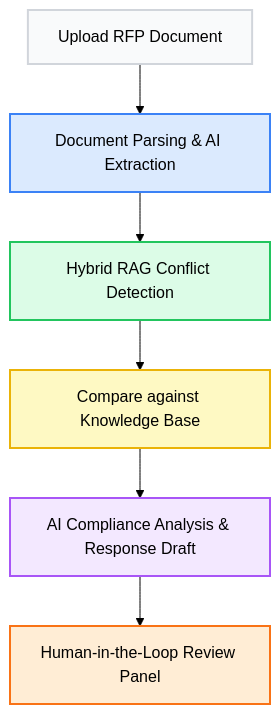
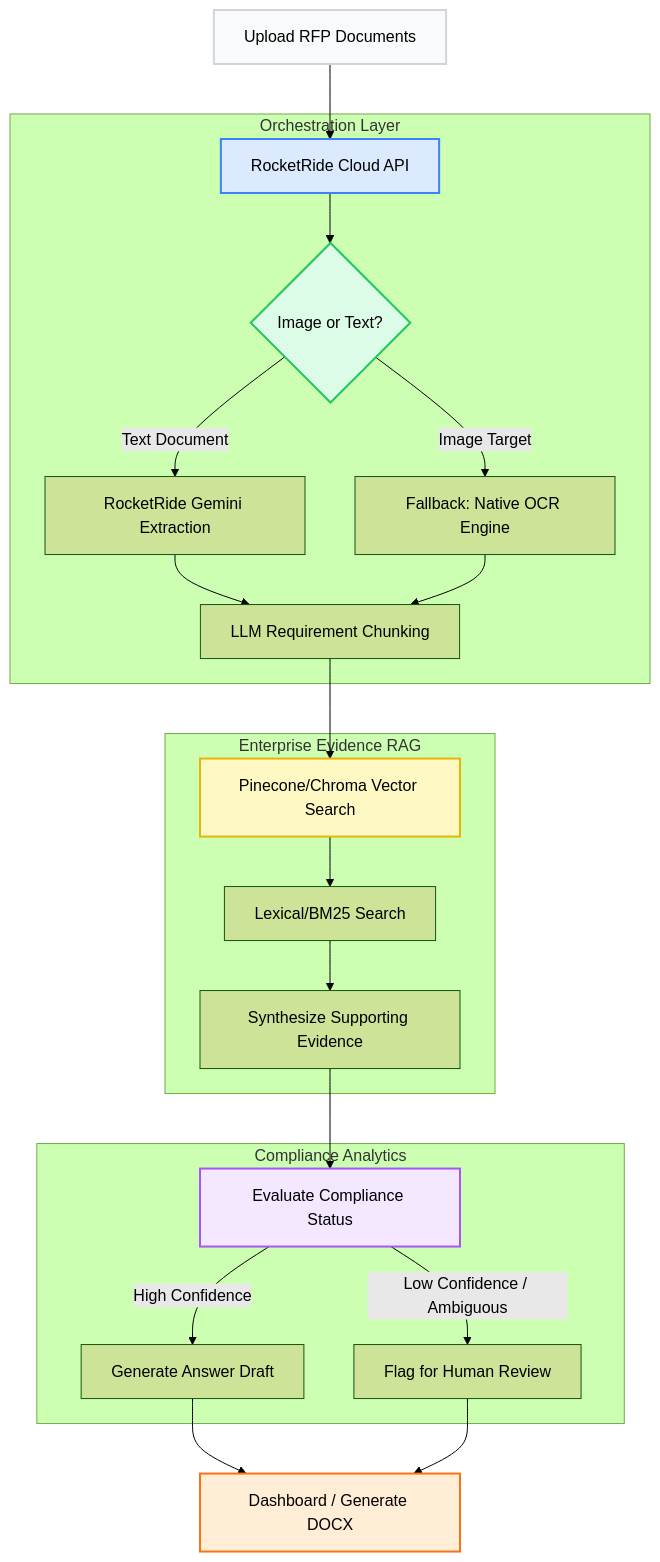
One commit to Farheenaiml/Bid-Factory changed the diagram in README.md. Above: the diagram before and after it, drawn with Mermaid (forest theme). The commit also changed other lines of this file and 3 other files, not shown here.

````diff
--- a/README.md
+++ b/README.md
@@ -17,15 +22,37 @@
 ```mermaid
 graph TD
-    A[Upload RFP Document] --> B[Document Parsing & AI Extraction]
-    B --> C[Hybrid RAG Conflict Detection]
-    C --> D[Compare against Knowledge Base]
-    D --> E[AI Compliance Analysis & Response Draft]
-    E --> F[Human-in-the-Loop Review Panel]
+    %% Nodes
+    A[Upload RFP Documents] --> B[RocketRide Cloud API]
     
+    subgraph Orchestration Layer
+        B --> C{Image or Text?}
+        C -- Text Document --> D[RocketRide Gemini Extraction]
+        C -- Image Target --> E[Fallback: Native OCR Engine]
+        
+        D --> F[LLM Requirement Chunking]
+        E --> F
+    end
+    
+    subgraph Enterprise Evidence RAG
+        F --> G[Pinecone/Chroma Vector Search]
+        G --> H[Lexical/BM25 Search]
+        H --> I[Synthesize Supporting Evidence]
+    end
+    
+    subgraph Compliance Analytics
+        I --> J[Evaluate Compliance Status]
+        J -- "High Confidence" --> K[Generate Answer Draft]
+        J -- "Low Confidence / Ambiguous" --> L[Flag for Human Review]
+    end
+    
+    K --> M[Dashboard / Generate DOCX]
+    L --> M
+
+    %% Styling
     style A fill:#f9fafb,stroke:#d1d5db,stroke-width:2px
     style B fill:#dbeafe,stroke:#3b82f6,stroke-width:2px
     style C fill:#dcfce7,stroke:#22c55e,stroke-width:2px
-    style D fill:#fef9c3,stroke:#eab308,stroke-width:2px
-    style E fill:#f3e8ff,stroke:#a855f7,stroke-width:2px
-    style F fill:#ffedd5,stroke:#f97316,stroke-width:2px
+    style G fill:#fef9c3,stroke:#eab308,stroke-width:2px
+    style J fill:#f3e8ff,stroke:#a855f7,stroke-width:2px
+    style M fill:#ffedd5,stroke:#f97316,stroke-width:2px
 ```
````
